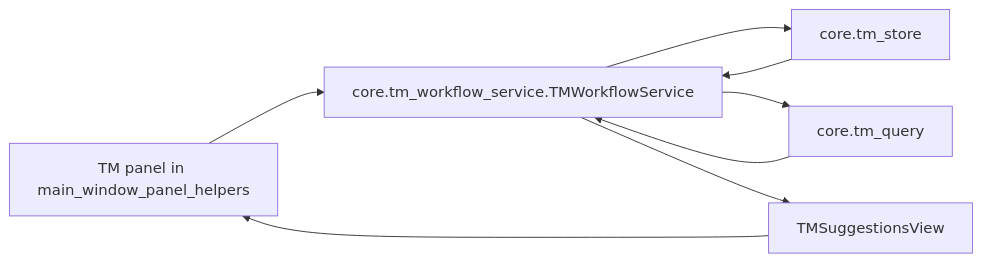
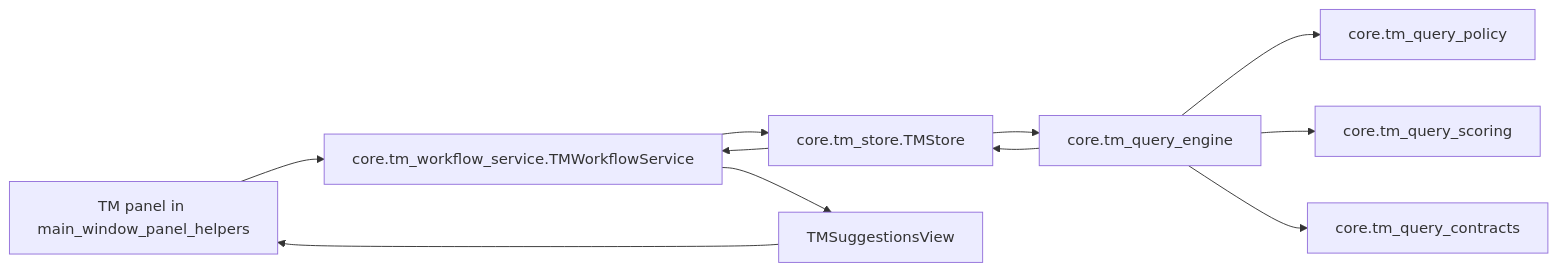
Before and after one commit to PlagaMedicum/TranslationZed-py: the ninth of 11 diagrams in docs/architecture/code_architecture.md, drawn with Mermaid. The commit also changed other lines of this file and 7 other files, not shown here.

Commit message:
docs(tm): close A15 tm_store queue entry and sync refactor contracts

````diff
--- a/docs/architecture/code_architecture.md
+++ b/docs/architecture/code_architecture.md
@@ -253,16 +256,22 @@
 ```mermaid
 flowchart LR
   UI[TM panel in main_window_panel_helpers]
   WF[core.tm_workflow_service.TMWorkflowService]
-  STORE[core.tm_store]
-  QUERY[core.tm_query]
+  STORE[core.tm_store.TMStore]
+  ENGINE[core.tm_query_engine]
+  POLICY[core.tm_query_policy]
+  SCORING[core.tm_query_scoring]
+  CONTRACTS[core.tm_query_contracts]
   VIEW[TMSuggestionsView]
 
   UI --> WF
   WF --> STORE
-  WF --> QUERY
+  STORE --> ENGINE
+  ENGINE --> POLICY
+  ENGINE --> SCORING
+  ENGINE --> CONTRACTS
+  ENGINE --> STORE
   STORE --> WF
-  QUERY --> WF
   WF --> VIEW
   VIEW --> UI
 ```
````
